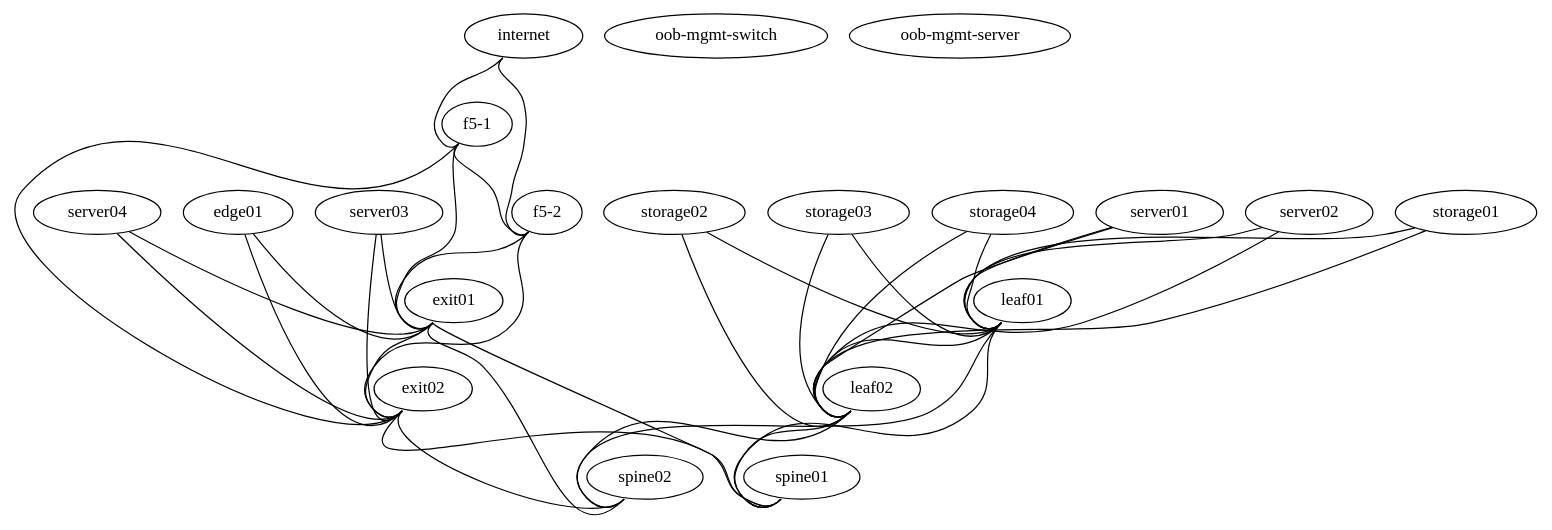
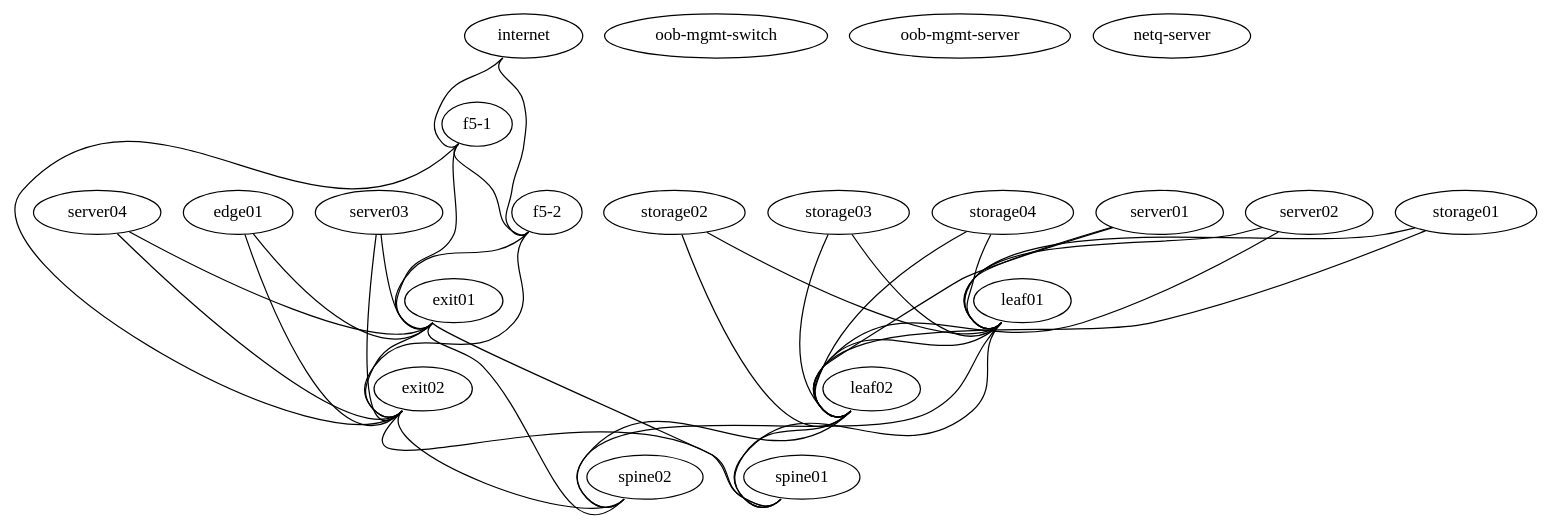
One commit to OliElli/cumulus-poc changed the diagram in topology.dot. Above: the diagram before and after it, drawn with Graphviz. The commit also changed 10 other files, not shown here.

Commit message:
Added netq server

```diff
--- a/topology.dot
+++ b/topology.dot
@@ -1,67 +1,68 @@
 graph vx {
   "leaf01" [function="leaf" os="CumulusCommunity/cumulus-vx" version="3.7.3" memory="768" config="./helper_scripts/config_switch.sh" ]
   "leaf02" [function="leaf" os="CumulusCommunity/cumulus-vx" version="3.7.3" memory="768" config="./helper_scripts/config_switch.sh" ]
   "spine01" [function="spine" os="CumulusCommunity/cumulus-vx" version="3.7.3" memory="768" config="./helper_scripts/config_switch.sh" ]
   "spine02" [function="spine" os="CumulusCommunity/cumulus-vx" version="3.7.3" memory="768" config="./helper_scripts/config_switch.sh" ]
   "exit01" [function="exit" os="CumulusCommunity/cumulus-vx" version="3.7.3" memory="768" config="./helper_scripts/config_switch.sh" ]
   "exit02" [function="exit" os="CumulusCommunity/cumulus-vx" version="3.7.3" memory="768" config="./helper_scripts/config_switch.sh" ]
   "server01" [function="host" os="yk0/ubuntu-xenial" memory="512" config="./helper_scripts/config_server.sh" ]
   "server02" [function="host" os="yk0/ubuntu-xenial" memory="512" config="./helper_scripts/config_server.sh" ]
   "server03" [function="host" os="yk0/ubuntu-xenial" memory="512" config="./helper_scripts/config_server.sh" ]
   "server04" [function="host" os="yk0/ubuntu-xenial" memory="512" config="./helper_scripts/config_server.sh" ]
   "edge01" [function="host" os="yk0/ubuntu-xenial" memory="768" config="./helper_scripts/config_server.sh" ]
   "internet" [function="internet" vagrant="swp48" os="CumulusCommunity/cumulus-vx" version="3.7.3" memory="768" config="./helper_scripts/config_internet.sh" ]
   "oob-mgmt-switch" [function="oob-switch" vagrant="eth0" os="CumulusCommunity/cumulus-vx" version="3.7.3" memory="768" config="./helper_scripts/config_oob_switch.sh" ]
   "oob-mgmt-server" [function="oob-server" vagrant="eth0" os="CumulusCommunity/vx_oob_server" version="1.0.4" memory="1024" config="./helper_scripts/config_oob_server.sh" ]
+  "netq-server" [function="oob-server" vagrant="eth0" os="cumulus/ts" memory="1024" config="./helper_scripts/config_netq_server.sh" ]
   "f5-1" [function="exit" os="CumulusCommunity/cumulus-vx" version="3.7.3" memory="768" config="./helper_scripts/config_switch.sh" ]
   "f5-2" [function="exit" os="CumulusCommunity/cumulus-vx" version="3.7.3" memory="768" config="./helper_scripts/config_switch.sh" ]
   "storage01" [function="host" os="yk0/ubuntu-xenial" memory="512" config="./helper_scripts/config_server.sh" ]
   "storage02" [function="host" os="yk0/ubuntu-xenial" memory="512" config="./helper_scripts/config_server.sh" ]
   "storage03" [function="host" os="yk0/ubuntu-xenial" memory="512" config="./helper_scripts/config_server.sh" ]
   "storage04" [function="host" os="yk0/ubuntu-xenial" memory="512" config="./helper_scripts/config_server.sh" ]
 
   "leaf01":"swp56" -- "spine01":"swp32"
   "leaf02":"swp56" -- "spine01":"swp31"
   "leaf01":"swp55" -- "spine02":"swp32"
   "leaf02":"swp55" -- "spine02":"swp31"
 
   "leaf01":"swp54" -- "leaf02":"swp54"
   "exit01":"swp54" -- "exit02":"swp54"
   "f5-1":"swp54" -- "f5-2":"swp54"
 
 
   "server01":"eth1" -- "leaf01":"swp1" [left_mac="00:03:00:11:11:01"]
   "server01":"eth2" -- "leaf02":"swp1" [left_mac="00:03:00:11:11:02"]
   "server02":"eth1" -- "leaf01":"swp2" [left_mac="00:03:00:22:22:01"]
   "server02":"eth2" -- "leaf02":"swp2" [left_mac="00:03:00:22:22:02"]
   "server03":"eth1" -- "exit01":"swp11" [left_mac="00:03:00:33:33:01"]
   "server03":"eth2" -- "exit02":"swp11" [left_mac="00:03:00:33:33:02"]
   "server04":"eth1" -- "exit01":"swp12" [left_mac="00:03:00:44:44:01"]
   "server04":"eth2" -- "exit02":"swp12" [left_mac="00:03:00:44:44:02"]
 
   "storage01":"eth1" -- "leaf01":"swp3" [left_mac="00:04:00:11:11:01"]
   "storage01":"eth2" -- "leaf02":"swp3" [left_mac="00:04:00:11:11:02"]
   "storage02":"eth1" -- "leaf01":"swp4" [left_mac="00:04:00:22:22:01"]
   "storage02":"eth2" -- "leaf02":"swp4" [left_mac="00:04:00:22:22:02"]
   "storage03":"eth1" -- "leaf01":"swp5" [left_mac="00:04:00:11:11:03"]
   "storage03":"eth2" -- "leaf02":"swp5" [left_mac="00:04:00:11:11:04"]
   "storage04":"eth1" -- "leaf01":"swp6" [left_mac="00:04:00:22:22:03"]
   "storage04":"eth2" -- "leaf02":"swp6" [left_mac="00:04:00:22:22:04"]
 
   "exit01":"swp56" -- "spine01":"swp30"
   "exit01":"swp55" -- "spine02":"swp30"
   "exit02":"swp56" -- "spine01":"swp29"
   "exit02":"swp55" -- "spine02":"swp29"
 
   "internet":"swp1" -- "f5-1":"swp3"
   "internet":"swp2" -- "f5-2":"swp3"
 
   "edge01":"eth1" -- "exit01":"swp10"
   "edge01":"eth2" -- "exit02":"swp10"
 
   "f5-1":"swp1" -- "exit01":"swp1"
   "f5-1":"swp2" -- "exit02":"swp1"
   
   "f5-2":"swp1" -- "exit01":"swp2"
   "f5-2":"swp2" -- "exit02":"swp2"
 }
```
